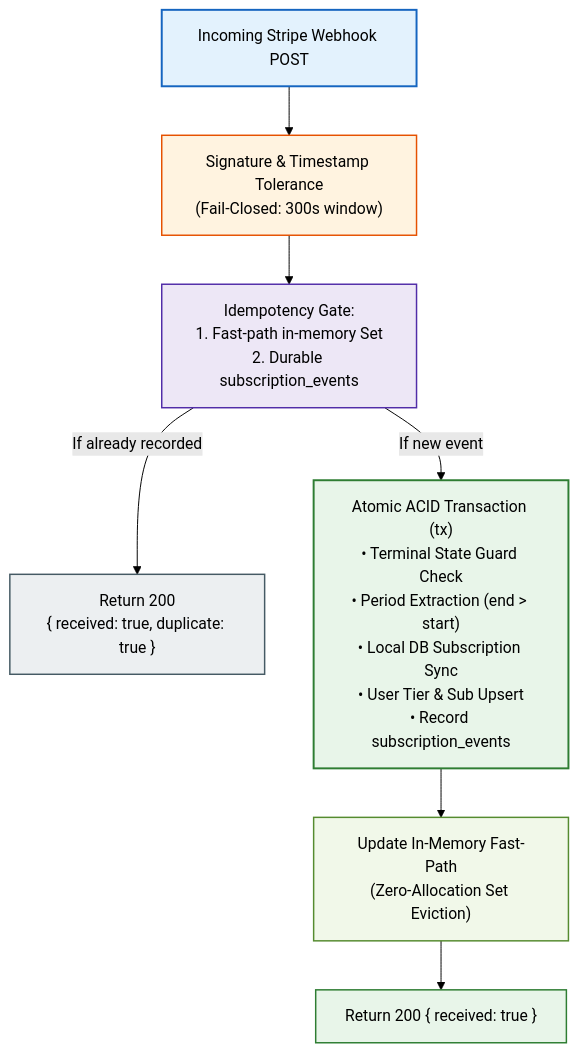
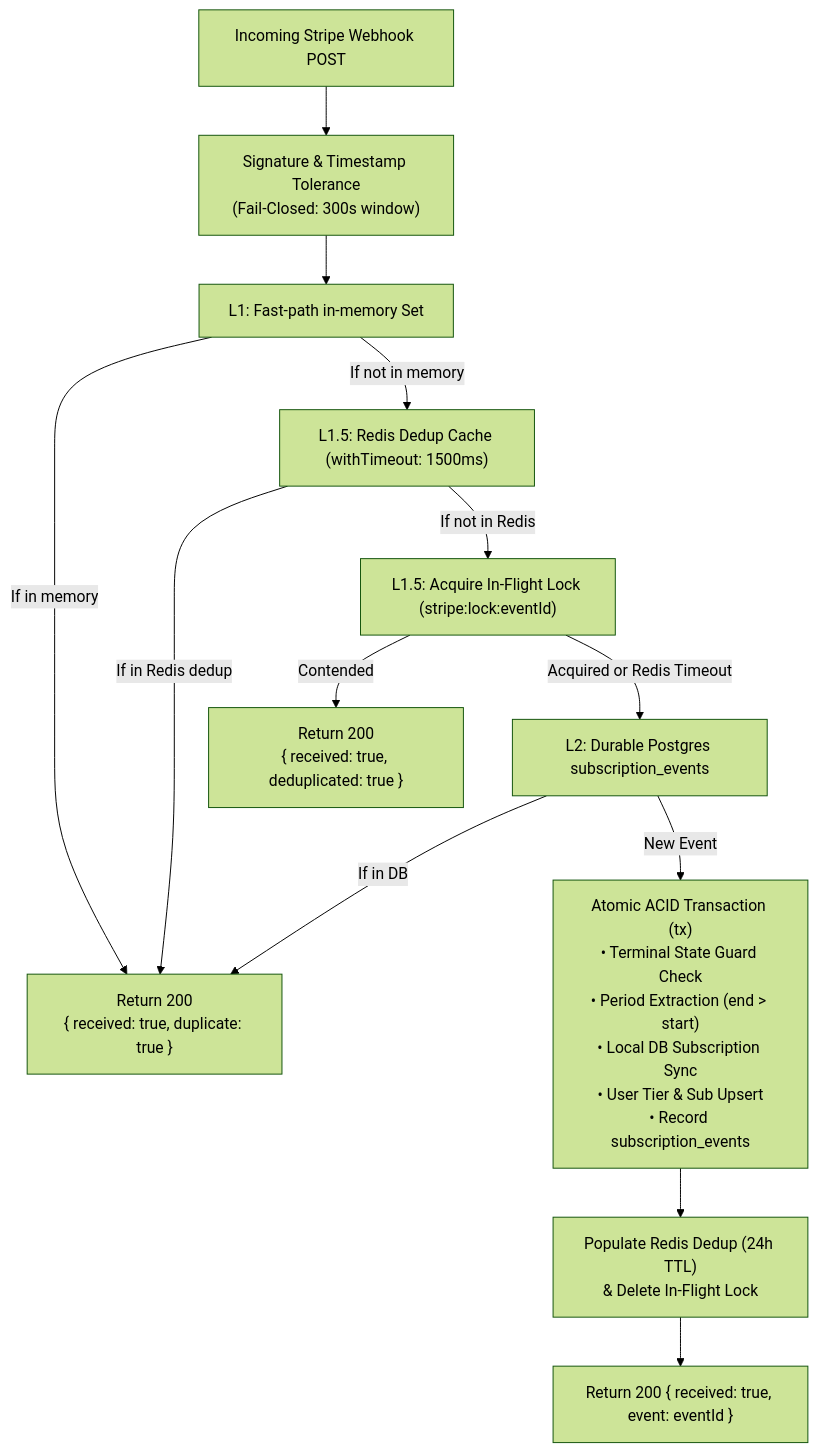
The diagram in docs/reference/phase-13-stripe-webhooks-subscriptions-closure.md (Abdullah931-stack/LUGX), drawn with Mermaid (forest theme) before and after one commit. The commit also changed other lines of this file and 10 other files, not shown here.

First line of the commit message:
feat(stripe): implement distributed webhook in-flight lock, multi-tier deduplication, and bump to v1.30.0

````diff
--- a/docs/reference/phase-13-stripe-webhooks-subscriptions-closure.md
+++ b/docs/reference/phase-13-stripe-webhooks-subscriptions-closure.md
@@ -13,17 +13,15 @@
 ```mermaid
 flowchart TD
     A["Incoming Stripe Webhook POST"] --> B["Signature & Timestamp Tolerance<br/>(Fail-Closed: 300s window)"]
-    B --> C["Idempotency Gate:<br/>1. Fast-path in-memory Set<br/>2. Durable subscription_events"]
-    C -->|If already recorded| D["Return 200<br/>{ received: true, duplicate: true }"]
-    C -->|If new event| E["Atomic ACID Transaction (tx)<br/>• Terminal State Guard Check<br/>• Period Extraction (end > start)<br/>• Local DB Subscription Sync<br/>• User Tier & Sub Upsert<br/>• Record subscription_events"]
-    E --> F["Update In-Memory Fast-Path<br/>(Zero-Allocation Set Eviction)"]
-    F --> G["Return 200 { received: true }"]
-
-    style A fill:#E3F2FD,stroke:#1565C0,stroke-width:2px
-    style B fill:#FFF3E0,stroke:#E65100,stroke-width:1.5px
-    style C fill:#EDE7F6,stroke:#512DA8,stroke-width:1.5px
-    style D fill:#ECEFF1,stroke:#455A64,stroke-width:1.5px
-    style E fill:#E8F5E9,stroke:#2E7D32,stroke-width:2px
-    style F fill:#F1F8E9,stroke:#558B2F,stroke-width:1.5px
-    style G fill:#E8F5E9,stroke:#2E7D32,stroke-width:1.5px
+    B --> C["L1: Fast-path in-memory Set"]
+    C -->|If in memory| D["Return 200<br/>{ received: true, duplicate: true }"]
+    C -->|If not in memory| E["L1.5: Redis Dedup Cache (withTimeout: 1500ms)"]
+    E -->|If in Redis dedup| D
+    E -->|If not in Redis| F["L1.5: Acquire In-Flight Lock (stripe:lock:eventId)"]
+    F -->|Contended| G["Return 200<br/>{ received: true, deduplicated: true }"]
+    F -->|Acquired or Redis Timeout| H["L2: Durable Postgres subscription_events"]
+    H -->|If in DB| D
+    H -->|New Event| I["Atomic ACID Transaction (tx)<br/>• Terminal State Guard Check<br/>• Period Extraction (end > start)<br/>• Local DB Subscription Sync<br/>• User Tier & Sub Upsert<br/>• Record subscription_events"]
+    I --> J["Populate Redis Dedup (24h TTL)<br/>& Delete In-Flight Lock"]
+    J --> K["Return 200 { received: true, event: eventId }"]
 ```
````
